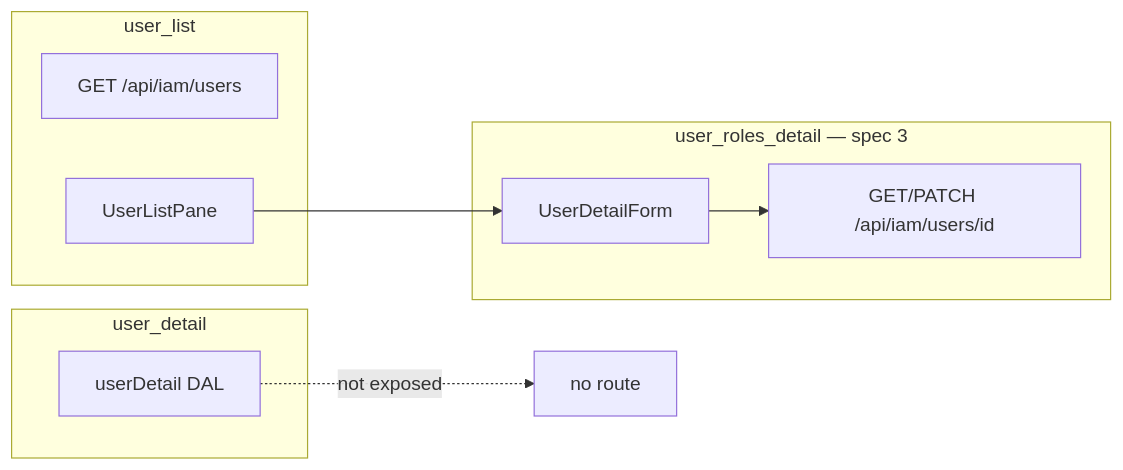
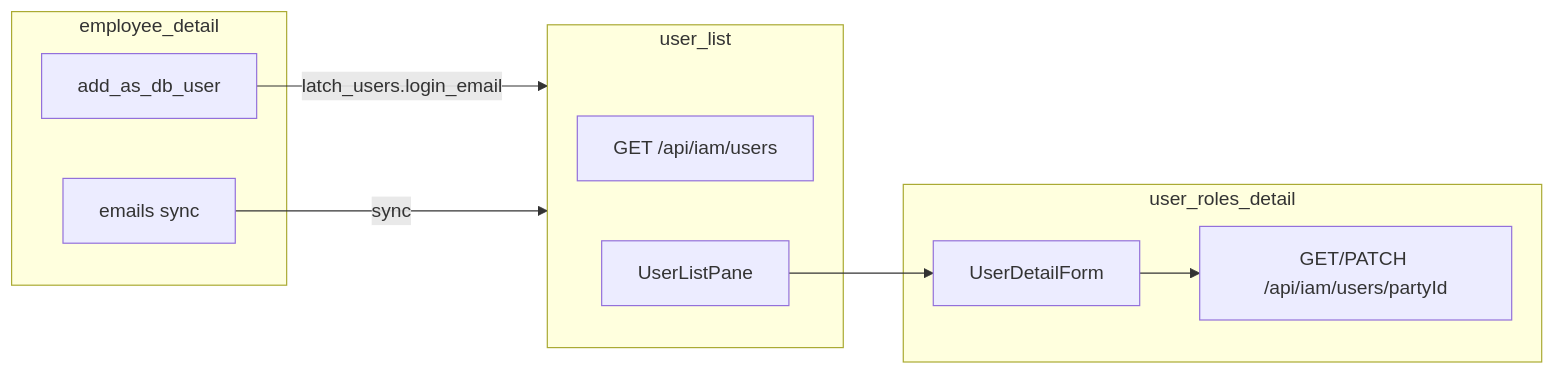
One commit to rebischoff/latch changed the diagram in apps/subhub/docs/surface-specs/iam-user.md. Above: the diagram before and after it, drawn with Mermaid. The commit also changed other lines of this file and 24 other files, not shown here.

First line of the commit message:
Update SubHub documentation for recent schema and task revisions

````diff
--- a/apps/subhub/docs/surface-specs/iam-user.md
+++ b/apps/subhub/docs/surface-specs/iam-user.md
@@ -209,17 +226,19 @@
 ```mermaid
 flowchart LR
   subgraph list [user_list]
     UL[GET /api/iam/users]
     Pane[UserListPane]
   end
-  subgraph detail [user_roles_detail — spec 3]
-    API[GET/PATCH /api/iam/users/id]
+  subgraph detail [user_roles_detail]
+    API[GET/PATCH /api/iam/users/partyId]
     Form[UserDetailForm]
   end
-  subgraph orphan [user_detail]
-    DAL[userDetail DAL]
+  subgraph provision [employee_detail]
+    Add[add_as_db_user]
+    Emails[emails sync]
   end
+  Add -->|latch_users.login_email| list
+  Emails -->|sync| list
   Pane --> Form
   Form --> API
-  DAL -.->|not exposed| X[no route]
 ```
````
